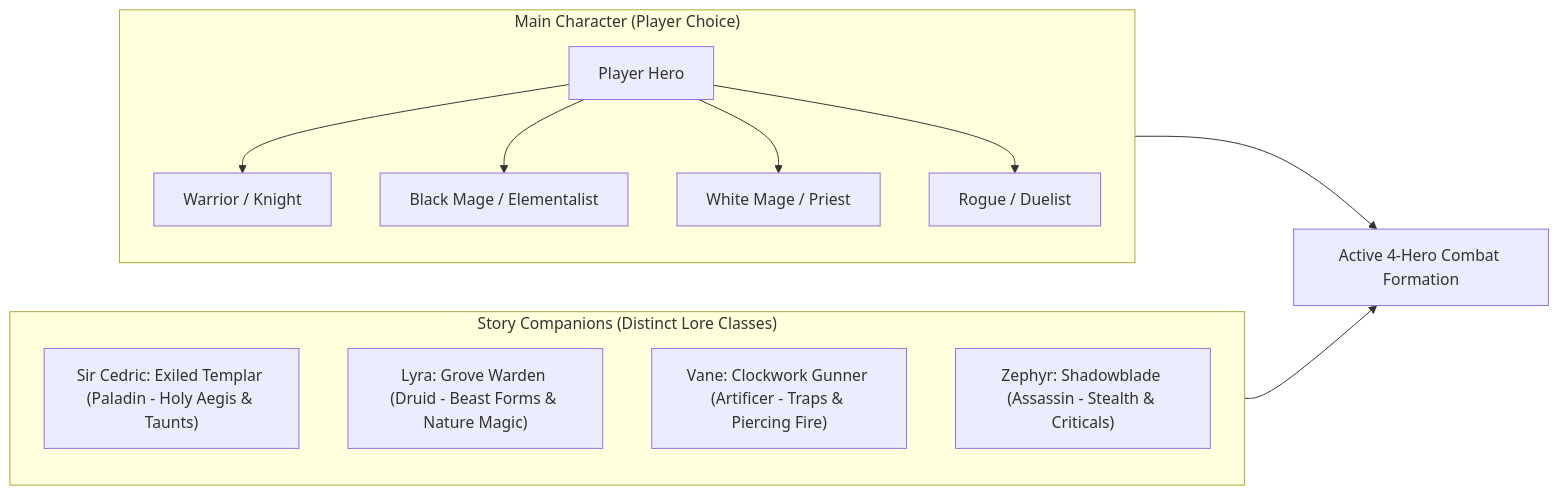
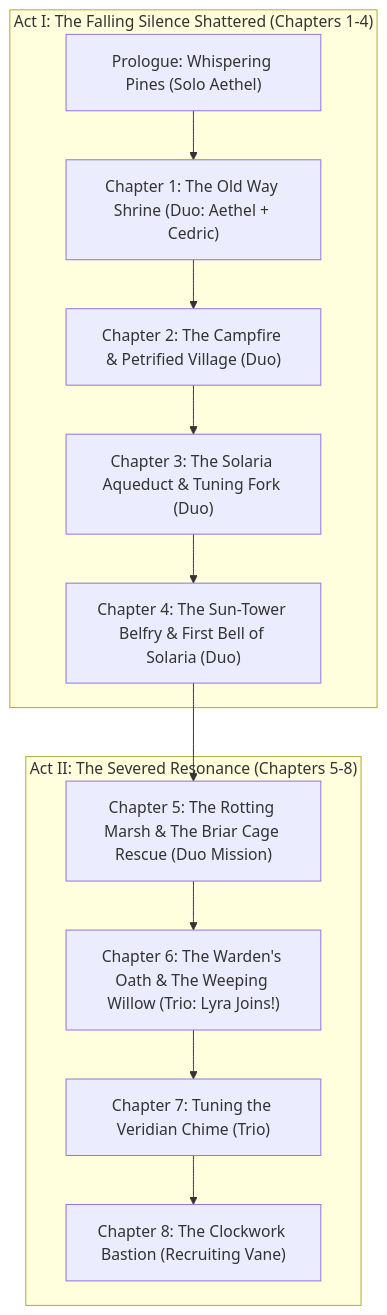
The diagram in DESIGN.md (Todd0042/voice-rpg-android), drawn with Mermaid before and after one commit. The commit also changed other lines of this file and 11 other files, not shown here.

Commit message:
Implement Act 2 Chapter 5 (Briar Cage Rescue) and Chapter 6 (Lyra Recruitment & Weeping Willow Boss), update README/DESIGN, and add AGENTS.md rules

````diff
--- a/DESIGN.md
+++ b/DESIGN.md
@@ -127,18 +90,16 @@
 ```mermaid
-flowchart LR
-    subgraph PlayerHero ["Main Character (Player Choice)"]
-        MC["Player Hero"] --> C_Warrior["Warrior / Knight"]
-        MC --> C_Mage["Black Mage / Elementalist"]
-        MC --> C_Cleric["White Mage / Priest"]
-        MC --> C_Rogue["Rogue / Duelist"]
+flowchart TD
+    subgraph Act1 ["Act I: The Falling Silence Shattered (Chapters 1-4)"]
+        Prologue["Prologue: Whispering Pines (Solo Aethel)"] --> Ch1["Chapter 1: The Old Way Shrine (Duo: Aethel + Cedric)"]
+        Ch1 --> Ch2["Chapter 2: The Campfire & Petrified Village (Duo)"]
+        Ch2 --> Ch3["Chapter 3: The Solaria Aqueduct & Tuning Fork (Duo)"]
+        Ch3 --> Ch4["Chapter 4: The Sun-Tower Belfry & First Bell of Solaria (Duo)"]
     end
 
-    subgraph Companions ["Story Companions (Distinct Lore Classes)"]
-        Comp1["Sir Cedric: Exiled Templar (Paladin - Holy Aegis & Taunts)"]
-        Comp2["Lyra: Grove Warden (Druid - Beast Forms & Nature Magic)"]
-        Comp3["Vane: Clockwork Gunner (Artificer - Traps & Piercing Fire)"]
-        Comp4["Zephyr: Shadowblade (Assassin - Stealth & Criticals)"]
+    subgraph Act2 ["Act II: The Severed Resonance (Chapters 5-8)"]
+        Ch4 --> Ch5["Chapter 5: The Rotting Marsh & The Briar Cage Rescue (Duo Mission)"]
+        Ch5 --> Ch6["Chapter 6: The Warden's Oath & The Weeping Willow (Trio: Lyra Joins!)"]
+        Ch6 --> Ch7["Chapter 7: Tuning the Veridian Chime (Trio)"]
+        Ch7 --> Ch8["Chapter 8: The Clockwork Bastion (Recruiting Vane)"]
     end
-
-    PlayerHero & Companions --> BattleParty["Active 4-Hero Combat Formation"]
 ```
````
